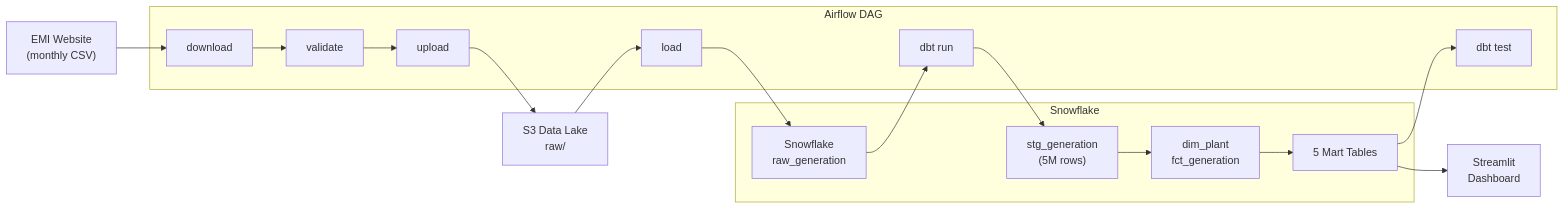
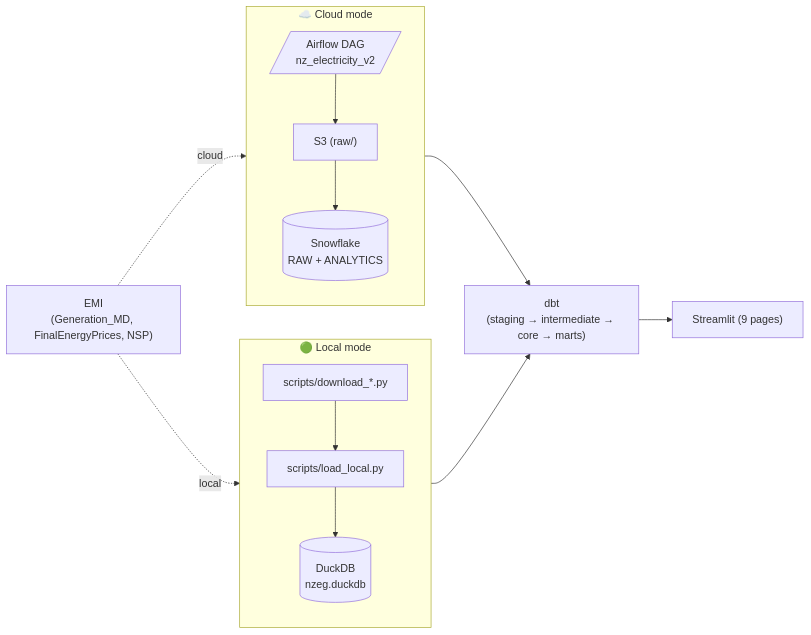
The diagram in README.md (gaoxinglin/nz-electricity-generation-batch-pipeline), drawn with Mermaid before and after one commit. The commit also changed other lines of this file and 7 other files, not shown here.

````diff
--- a/README.md
+++ b/README.md
@@ -16,39 +51,26 @@
 ```mermaid
 flowchart LR
-    EMI["EMI Website<br/>(monthly CSV)"]
-    AF_DL["download"]
-    AF_VAL["validate"]
-    AF_UP["upload"]
-    AF_LOAD["load"]
-    AF_DBT["dbt run"]
-    AF_TEST["dbt test"]
+    EMI["EMI<br/>(Generation_MD, FinalEnergyPrices, NSP)"]
 
-    S3["S3 Data Lake<br/>raw/"]
-    SF_RAW["Snowflake<br/>raw_generation"]
-    SF_STG["stg_generation<br/>(5M rows)"]
-    SF_DIM["dim_plant<br/>fct_generation"]
-    SF_MART["5 Mart Tables"]
-    DASH["Streamlit<br/>Dashboard"]
-
-    EMI --> AF_DL --> AF_VAL --> AF_UP --> S3
-    S3 --> AF_LOAD --> SF_RAW
-    SF_RAW --> AF_DBT --> SF_STG --> SF_DIM --> SF_MART
-    SF_MART --> AF_TEST
-    SF_MART --> DASH
-
-    subgraph Airflow DAG
-        AF_DL
-        AF_VAL
-        AF_UP
-        AF_LOAD
-        AF_DBT
-        AF_TEST
+    subgraph local["🟢 Local mode"]
+      direction TB
+      DLscripts["scripts/download_*.py"]
+      DLload["scripts/load_local.py"]
+      DUCK[("DuckDB<br/>nzeg.duckdb")]
     end
 
-    subgraph Snowflake
-        SF_RAW
-        SF_STG
-        SF_DIM
-        SF_MART
+    subgraph cloud["☁️ Cloud mode"]
+      direction TB
+      AF[/"Airflow DAG<br/>nz_electricity_v2"/]
+      S3["S3 (raw/)"]
+      SF[("Snowflake<br/>RAW + ANALYTICS")]
     end
+
+    EMI -.local.-> DLscripts --> DLload --> DUCK
+    EMI -.cloud.-> AF --> S3 --> SF
+
+    DBT["dbt<br/>(staging → intermediate → core → marts)"]
+    DUCK --> DBT
+    SF --> DBT
+    DBT --> ST["Streamlit (9 pages)"]
 ```
````
